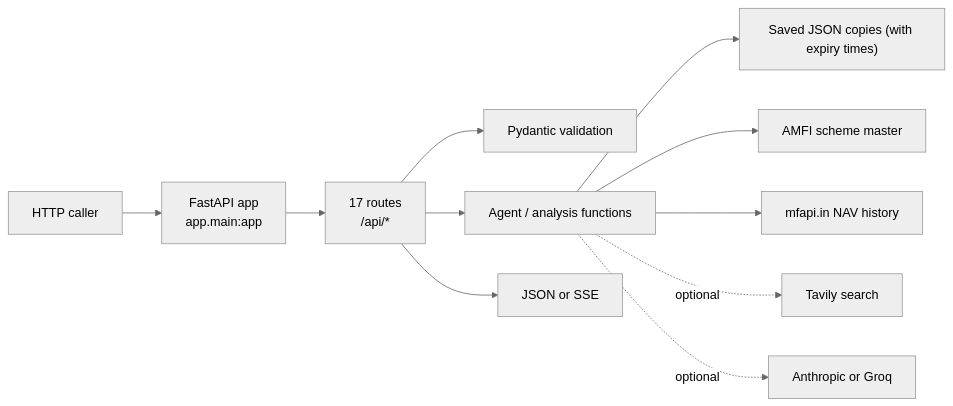
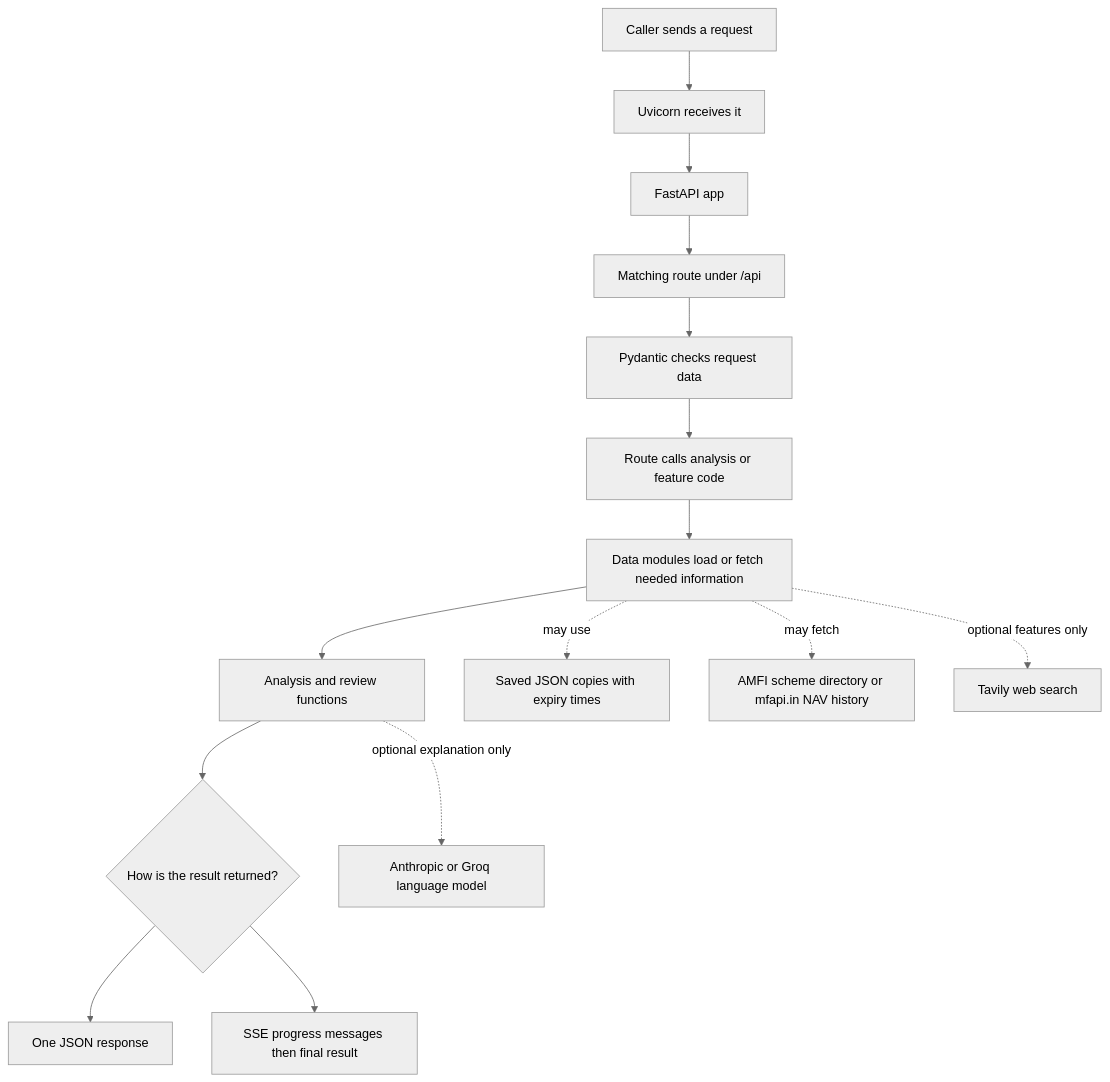
One commit to chamanthmvs/Truthfolio changed the first of 9 diagrams in docs/BACKEND.md. Above: the diagram before and after it, drawn with Mermaid (neutral theme). The commit also changed other lines of this file, not shown here.

````diff
--- a/docs/BACKEND.md
+++ b/docs/BACKEND.md
@@ -73,13 +81,18 @@
 ```mermaid
-flowchart LR
-    Caller["HTTP caller"] --> App["FastAPI app<br/>app.main:app"]
-    App --> Routes["17 routes<br/>/api/*"]
-    Routes --> Models["Pydantic validation"]
-    Routes --> Pipeline["Agent / analysis functions"]
-    Pipeline --> Cache["Saved JSON copies (with expiry times)"]
-    Pipeline --> AMFI["AMFI scheme master"]
-    Pipeline --> NAV["mfapi.in NAV history"]
-    Pipeline -. optional .-> Tavily["Tavily search"]
-    Pipeline -. optional .-> LLM["Anthropic or Groq"]
-    Routes --> Response["JSON or SSE"]
+flowchart TB
+    Caller["Caller sends a request"] --> Server["Uvicorn receives it"]
+    Server --> App["FastAPI app"]
+    App --> Route["Matching route under /api"]
+    Route --> Check["Pydantic checks request data"]
+    Check --> Work["Route calls analysis or feature code"]
+    Work --> Data["Data modules load or fetch needed information"]
+    Data --> Review["Analysis and review functions"]
+    Review --> Output{"How is the result returned?"}
+    Output --> Json["One JSON response"]
+    Output --> Stream["SSE progress messages then final result"]
+
+    Data -. may use .-> Cache["Saved JSON copies with expiry times"]
+    Data -. may fetch .-> Public["AMFI scheme directory or mfapi.in NAV history"]
+    Data -. optional features only .-> Search["Tavily web search"]
+    Review -. optional explanation only .-> Model["Anthropic or Groq language model"]
 ```
````
